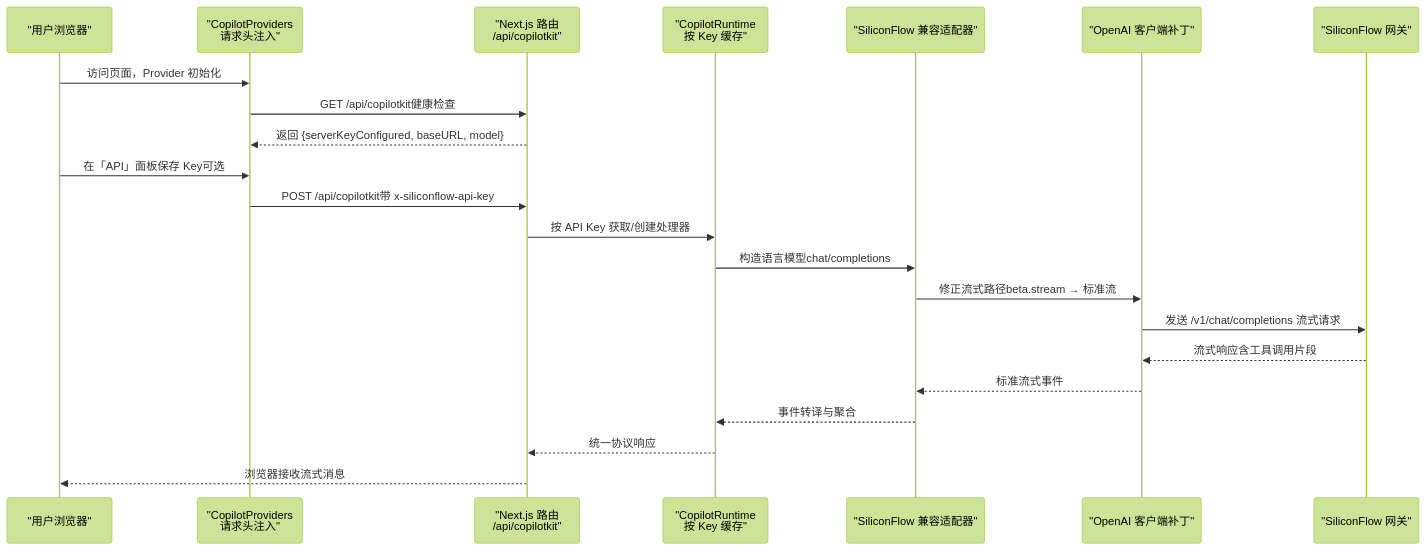
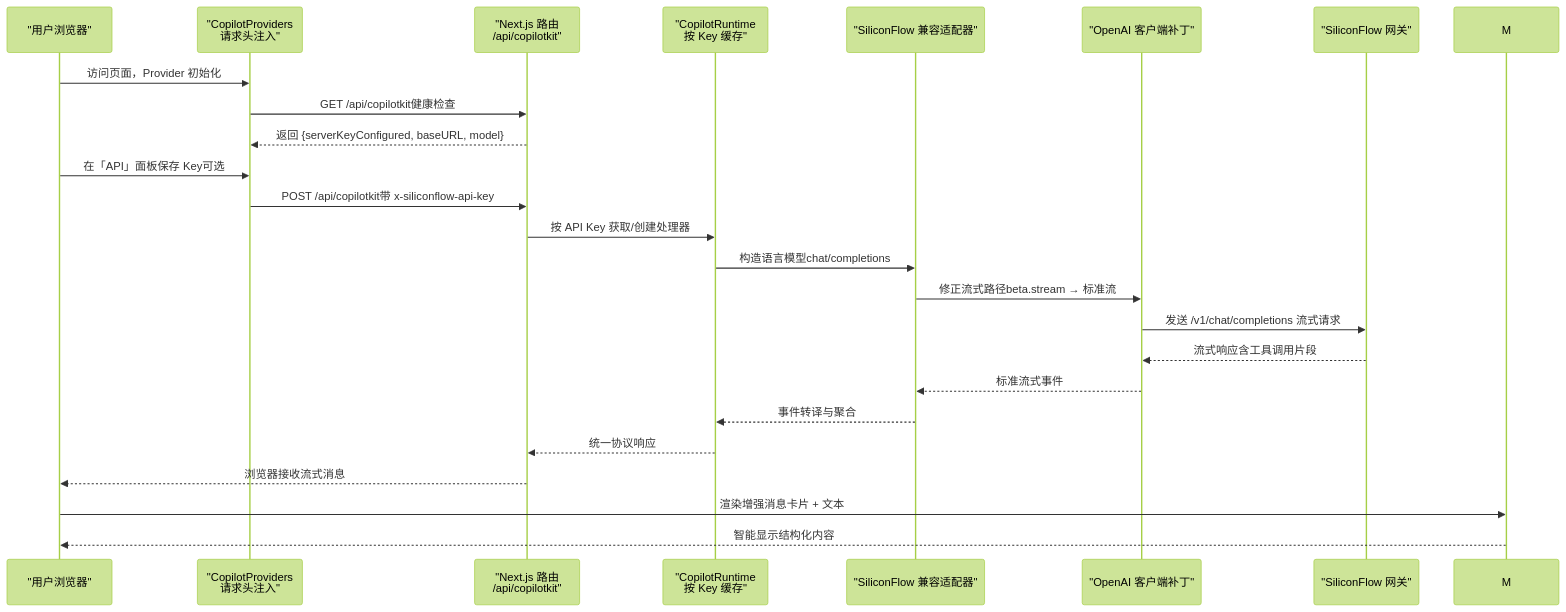
Before and after one commit to Fuqianjiao/General_Introduction_AIPM: the second of 6 diagrams in .qoder/repowiki/zh/content/AI 助手系统/CopilotKit 集成.md, drawn with Mermaid (forest theme). The commit also changed other lines of this file and 9 other files, not shown here.

````diff
--- a/.qoder/repowiki/zh/content/AI 助手系统/CopilotKit 集成.md
+++ b/.qoder/repowiki/zh/content/AI 助手系统/CopilotKit 集成.md
@@ -102,24 +120,26 @@
 ```mermaid
 sequenceDiagram
 participant U as "用户浏览器"
 participant P as "CopilotProviders<br/>请求头注入"
 participant S as "Next.js 路由<br/>/api/copilotkit"
 participant K as "CopilotRuntime<br/>按 Key 缓存"
 participant A as "SiliconFlow 兼容适配器"
 participant O as "OpenAI 客户端补丁"
 participant SF as "SiliconFlow 网关"
 U->>P : 访问页面，Provider 初始化
 P->>S : GET /api/copilotkit健康检查
 S-->>P : 返回 {serverKeyConfigured, baseURL, model}
 U->>P : 在「API」面板保存 Key可选
 P->>S : POST /api/copilotkit带 x-siliconflow-api-key
 S->>K : 按 API Key 获取/创建处理器
 K->>A : 构造语言模型chat/completions
 A->>O : 修正流式路径beta.stream → 标准流
 O->>SF : 发送 /v1/chat/completions 流式请求
 SF-->>O : 流式响应含工具调用片段
 O-->>A : 标准流式事件
 A-->>K : 事件转译与聚合
 K-->>S : 统一协议响应
 S-->>U : 浏览器接收流式消息
+U->>M : 渲染增强消息卡片 + 文本
+M-->>U : 智能显示结构化内容
 ```
````
